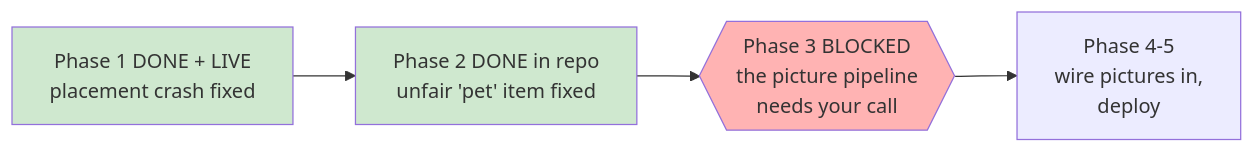
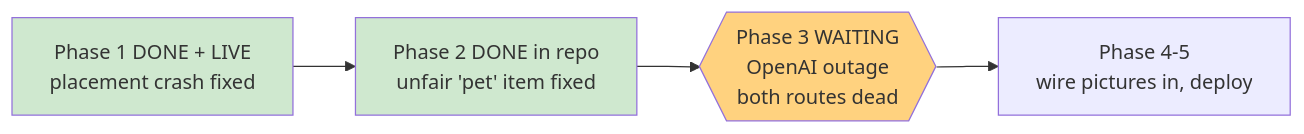
Before and after one commit to dkreinov/magic-clinic-english: the diagram in .oplan/placement-fix-and-art/STATUS.md, drawn with Mermaid. The commit also changed other lines of this file, not shown here.

Commit message:
oplan: STATUS rewritten — stopped, waiting on OpenAI outage

````diff
--- a/.oplan/placement-fix-and-art/STATUS.md
+++ b/.oplan/placement-fix-and-art/STATUS.md
@@ -10,10 +11,10 @@
 ```mermaid
 flowchart LR
     P1[Phase 1 DONE + LIVE<br/>placement crash fixed] --> P2
     P2[Phase 2 DONE in repo<br/>unfair 'pet' item fixed] --> P3
-    P3{{Phase 3 BLOCKED<br/>the picture pipeline<br/>needs your call}}
-    P3 --> P4[Phase 4-5<br/>wire pictures in,<br/>deploy]
+    P3{{Phase 3 WAITING<br/>OpenAI outage<br/>both routes dead}}
+    P3 --> P4[Phase 4-5<br/>wire pictures in, deploy]
     style P1 fill:#cfe8cf
     style P2 fill:#cfe8cf
-    style P3 fill:#ffb3b3
+    style P3 fill:#ffd27f
 ```
````
